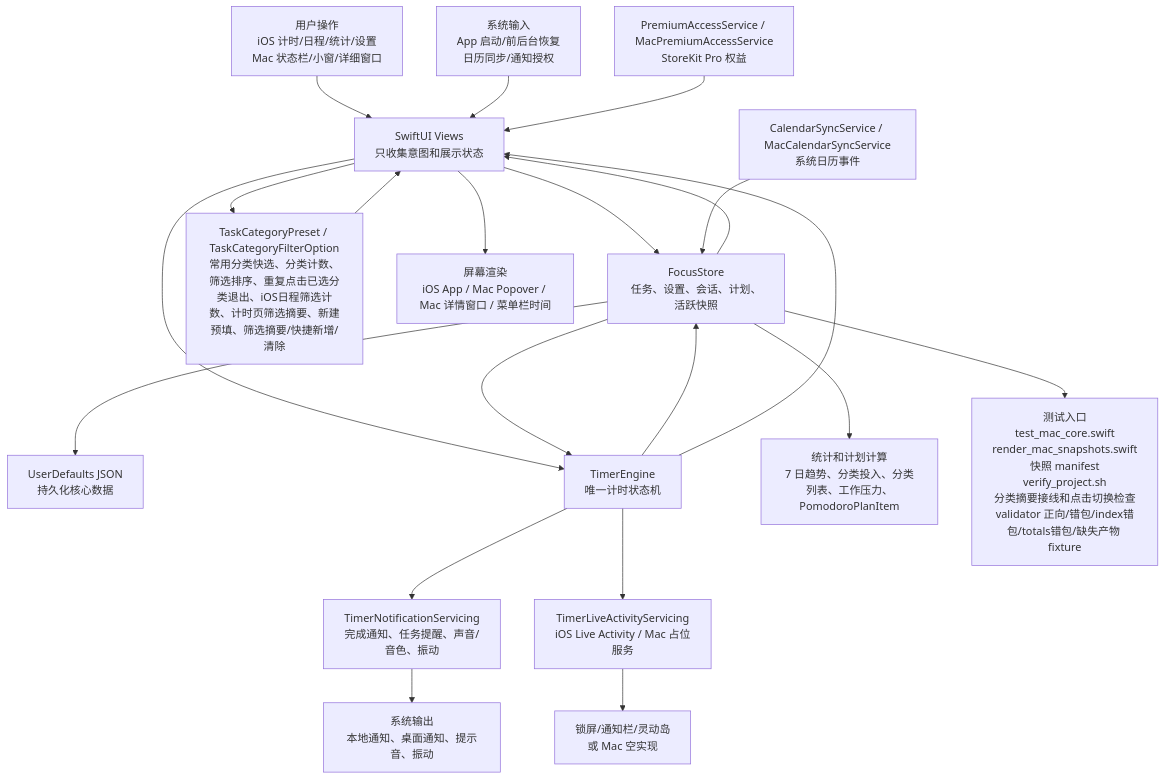
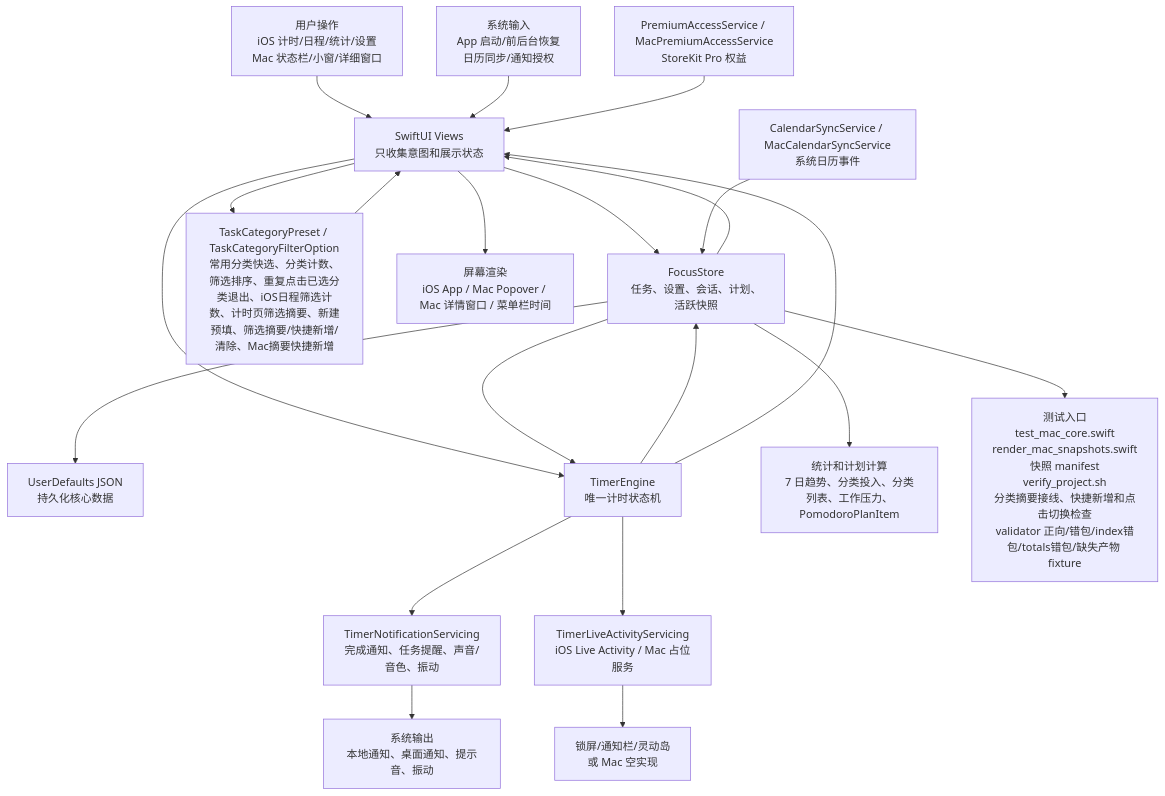
One commit to Altman-sam114/114 changed the first of 6 diagrams in md/flow/flowchart.md. Above: the diagram before and after it, drawn with Mermaid. The commit also changed other lines of this file and 7 other files, not shown here.

````diff
--- a/md/flow/flowchart.md
+++ b/md/flow/flowchart.md
@@ -9,23 +9,23 @@
 ```mermaid
 flowchart TD
   U["用户操作<br/>iOS 计时/日程/统计/设置<br/>Mac 状态栏/小窗/详细窗口"] --> V["SwiftUI Views<br/>只收集意图和展示状态"]
   SYS["系统输入<br/>App 启动/前后台恢复<br/>日历同步/通知授权"] --> V
   V --> S["FocusStore<br/>任务、设置、会话、计划、活跃快照"]
-  V --> CAT["TaskCategoryPreset / TaskCategoryFilterOption<br/>常用分类快选、分类计数、筛选排序、重复点击已选分类退出、iOS日程筛选计数、计时页筛选摘要、新建预填、筛选摘要/快捷新增/清除"]
+  V --> CAT["TaskCategoryPreset / TaskCategoryFilterOption<br/>常用分类快选、分类计数、筛选排序、重复点击已选分类退出、iOS日程筛选计数、计时页筛选摘要、新建预填、筛选摘要/快捷新增/清除、Mac摘要快捷新增"]
   CAT --> V
   S --> P["UserDefaults JSON<br/>持久化核心数据"]
   V --> E["TimerEngine<br/>唯一计时状态机"]
   S --> E
   E --> S
   E --> N["TimerNotificationServicing<br/>完成通知、任务提醒、声音/音色、振动"]
   E --> L["TimerLiveActivityServicing<br/>iOS Live Activity / Mac 占位服务"]
   S --> C["统计和计划计算<br/>7 日趋势、分类投入、分类列表、工作压力、PomodoroPlanItem"]
   CAL["CalendarSyncService / MacCalendarSyncService<br/>系统日历事件"] --> S
   PRO["PremiumAccessService / MacPremiumAccessService<br/>StoreKit Pro 权益"] --> V
   S --> V
   E --> V
   V --> OUT["屏幕渲染<br/>iOS App / Mac Popover / Mac 详情窗口 / 菜单栏时间"]
   N --> OUT2["系统输出<br/>本地通知、桌面通知、提示音、振动"]
   L --> OUT3["锁屏/通知栏/灵动岛<br/>或 Mac 空实现"]
-  S --> T["测试入口<br/>test_mac_core.swift<br/>render_mac_snapshots.swift<br/>快照 manifest<br/>verify_project.sh<br/>分类摘要接线和点击切换检查<br/>validator 正向/错包/index错包/totals错包/缺失产物 fixture"]
+  S --> T["测试入口<br/>test_mac_core.swift<br/>render_mac_snapshots.swift<br/>快照 manifest<br/>verify_project.sh<br/>分类摘要接线、快捷新增和点击切换检查<br/>validator 正向/错包/index错包/totals错包/缺失产物 fixture"]
 ```
````
